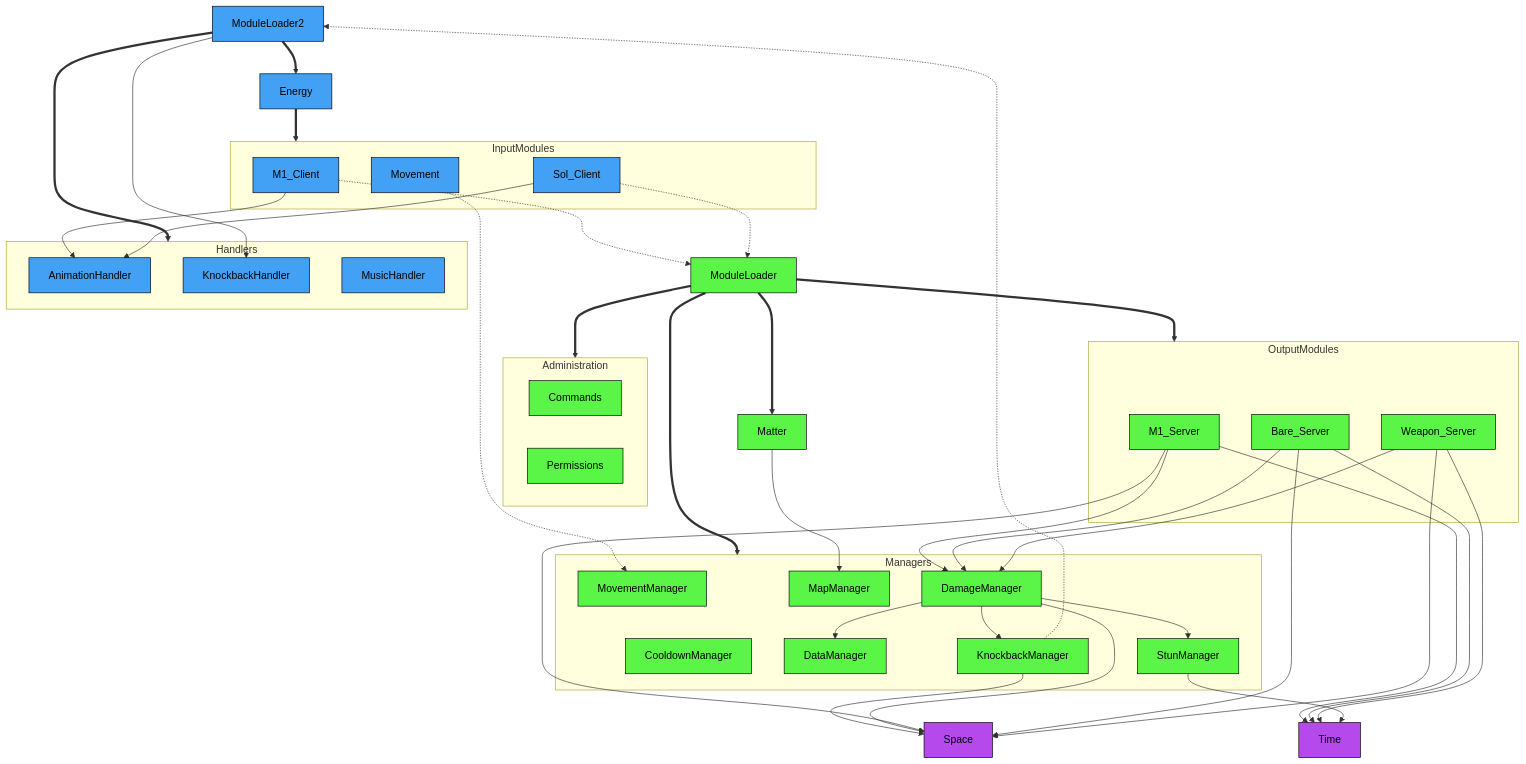
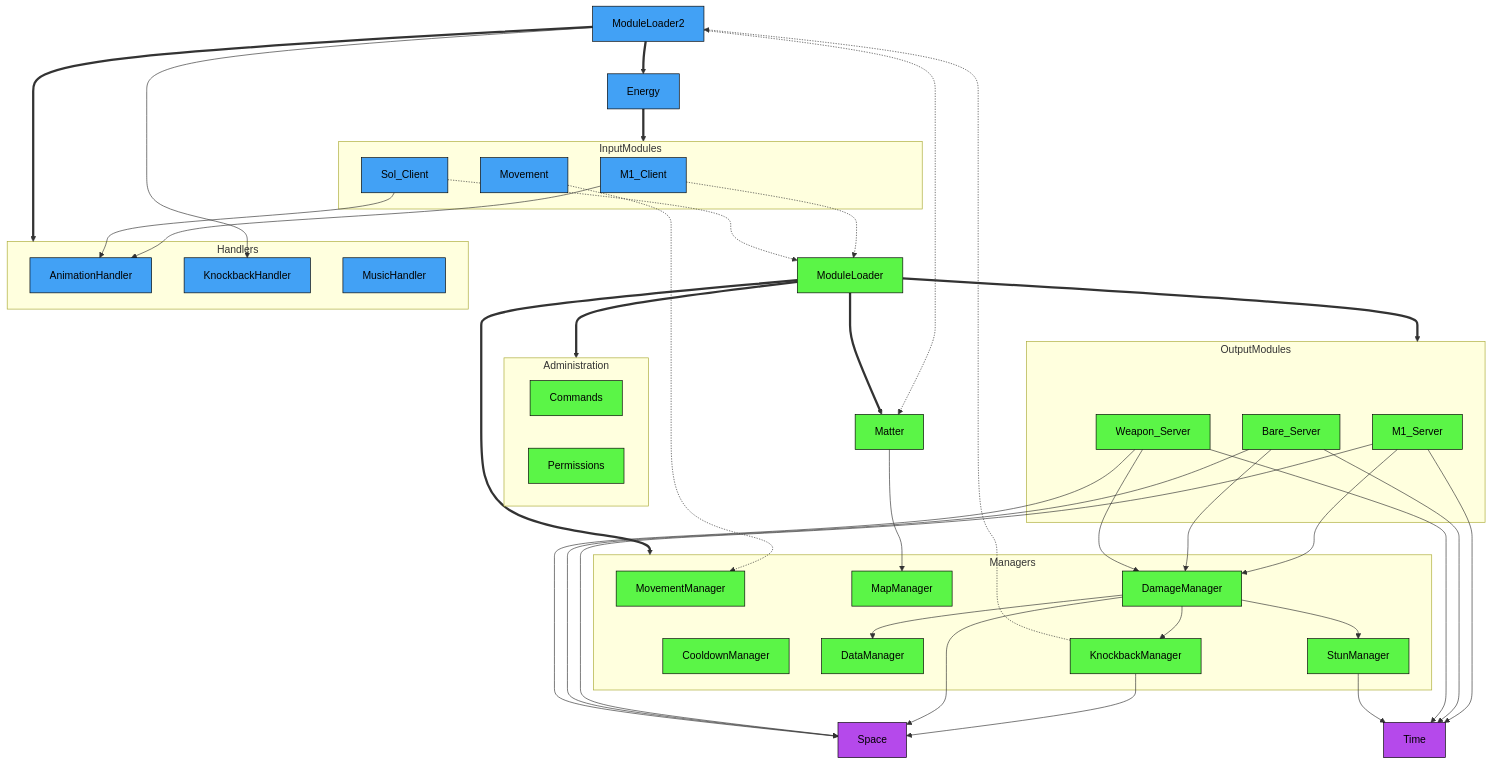
The diagram in README.md (altair5607249/Crusaders-Game), drawn with Mermaid before and after one commit.

````diff
--- a/README.md
+++ b/README.md
@@ -37,72 +37,73 @@
 ```mermaid
 flowchart TB;
 
   classDef serverNode fill:#5bf547,stroke:#000000,color:#000000
   classDef clientNode fill:#42a1f5,stroke:#000000,color:#000000
   classDef universalNode fill:#b549eb,stroke:#000000,color:#000000
 
   ModuleLoader2==>Energy;
   ModuleLoader2==>Handlers;
+  ModuleLoader2-.->Matter;
   Energy==>InputModules;
 
   subgraph Handlers
     AnimationHandler;
     KnockbackHandler;
     MusicHandler;
   end
 
   subgraph InputModules
     M1_Client;
     Sol_Client;
     Movement;
   end
 
   M1_Client-->AnimationHandler;
   Sol_Client-->AnimationHandler;
   M1_Client-.->ModuleLoader;
   Sol_Client-.->ModuleLoader;
   Movement-.->MovementManager;
   ModuleLoader==>Administration;
   ModuleLoader==>Managers;
   ModuleLoader==>OutputModules;
   ModuleLoader==>Matter-->MapManager;
 
   subgraph Administration
     Commands;
     Permissions;
   end
 
   subgraph Managers
     CooldownManager;
     DamageManager;
     DataManager;
     KnockbackManager;
     MapManager;
     MovementManager;
     StunManager;
   end
 
   subgraph OutputModules
     M1_Server-->DamageManager;
     Bare_Server-->DamageManager;
     Weapon_Server-->DamageManager;
   end
 
   KnockbackManager-->Space;
   DamageManager-->Space;
   DamageManager-->DataManager;
   DamageManager-->KnockbackManager;
   DamageManager-->StunManager;
   M1_Server-->Time;
   Bare_Server-->Time;
   Weapon_Server-->Time;
   StunManager-->Time;
   M1_Server-->Space;
   Bare_Server-->Space;
   Weapon_Server-->Space;
   KnockbackManager-.->ModuleLoader2-->KnockbackHandler;
 
   class ModuleLoader,M1_Server,Bare_Server,Weapon_Server,MovementManager,Commands,Permissions,CooldownManager,DamageManager,DataManager,KnockbackManager,MapManager,MovementManager,StunManager,Matter serverNode;
   class ModuleLoader2,Energy,M1_Client,Sol_Client,Movement,AnimationHandler,KnockbackHandler,MusicHandler clientNode;
   class Space,Time universalNode;
 ```
````
